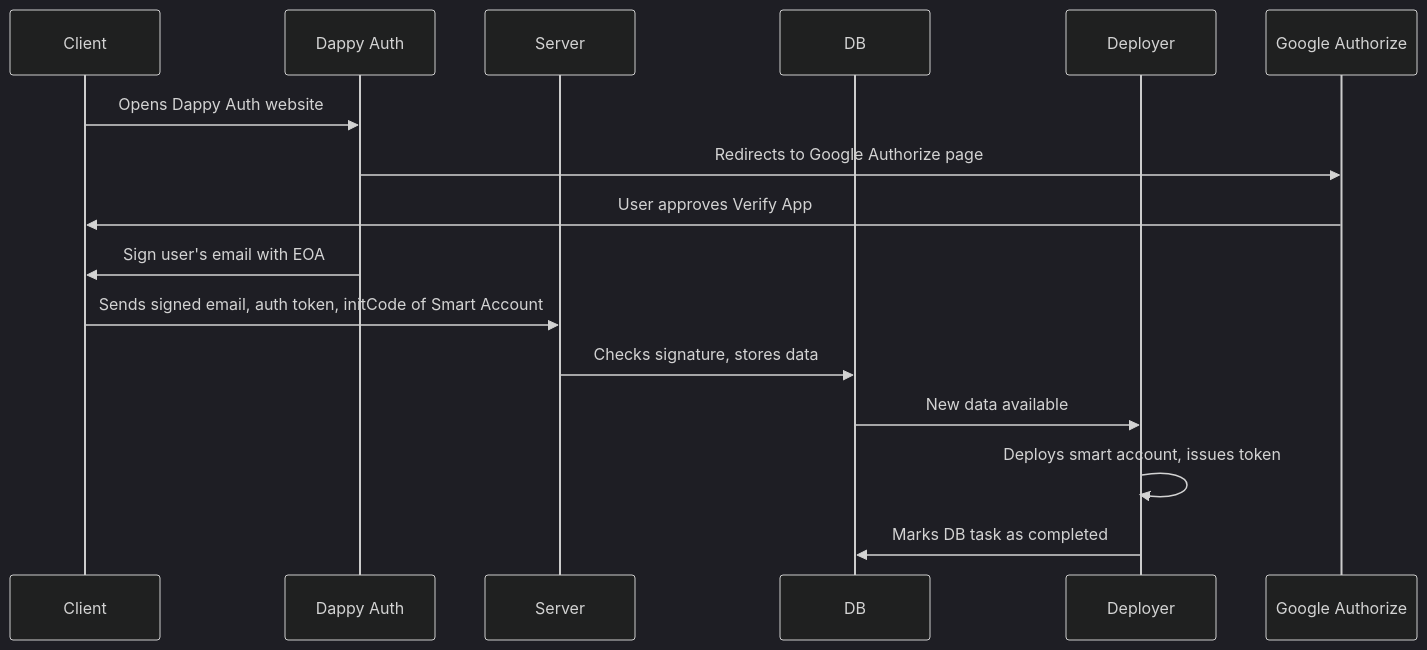
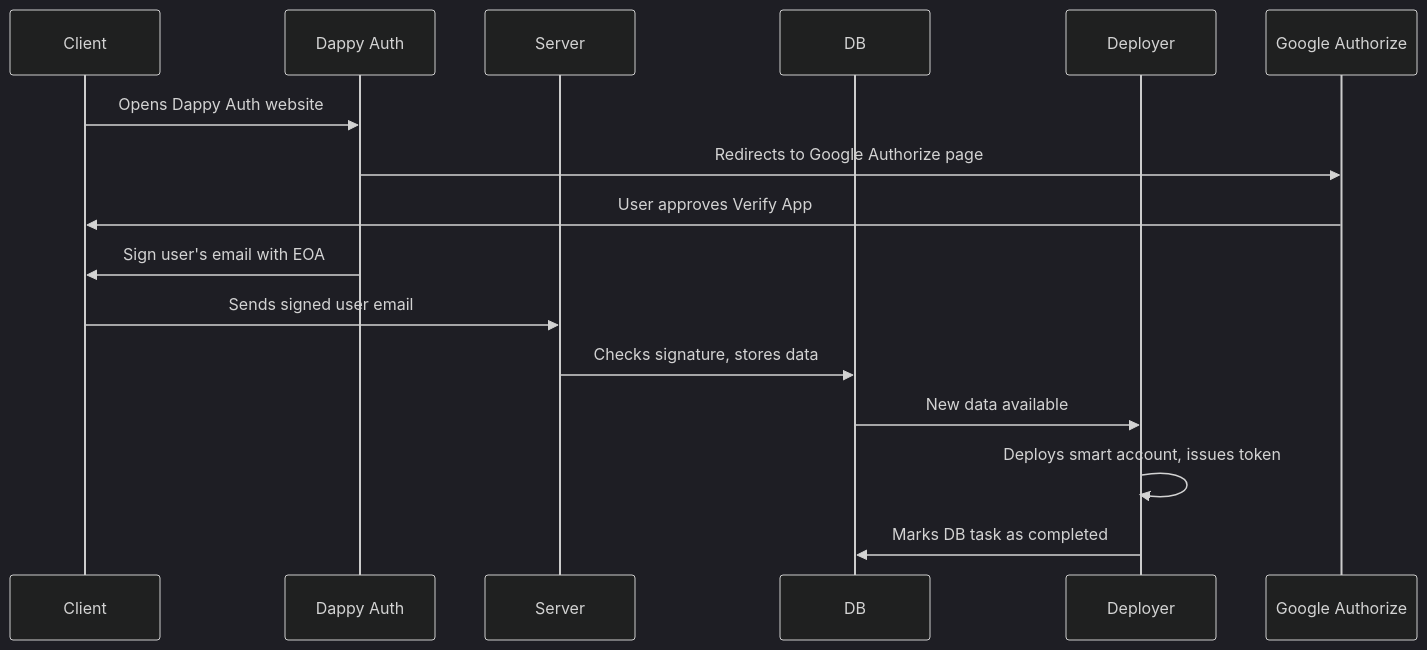
The diagram in README.md (DappyKit/gateway), drawn with Mermaid (dark theme) before and after one commit. The commit also changed other lines of this file and 35 other files, not shown here.

````diff
--- a/README.md
+++ b/README.md
@@ -3,20 +23,20 @@
 ```mermaid
 sequenceDiagram
     participant Client as Client
     participant DappyAuth as Dappy Auth
     participant Server as Server
     participant DB as DB
     participant Deployer as Deployer
     participant GoogleAuth as Google Authorize
 
     Client->>DappyAuth: Opens Dappy Auth website
     DappyAuth->>GoogleAuth: Redirects to Google Authorize page
     GoogleAuth->>Client: User approves Verify App
     DappyAuth->>Client: Sign user's email with EOA
-    Client->>Server: Sends signed email, auth token, initCode of Smart Account
+    Client->>Server: Sends signed user email
     Server->>DB: Checks signature, stores data
     DB->>Deployer: New data available
     Deployer->>Deployer: Deploys smart account, issues token
     Deployer->>DB: Marks DB task as completed
 
 ```
````
